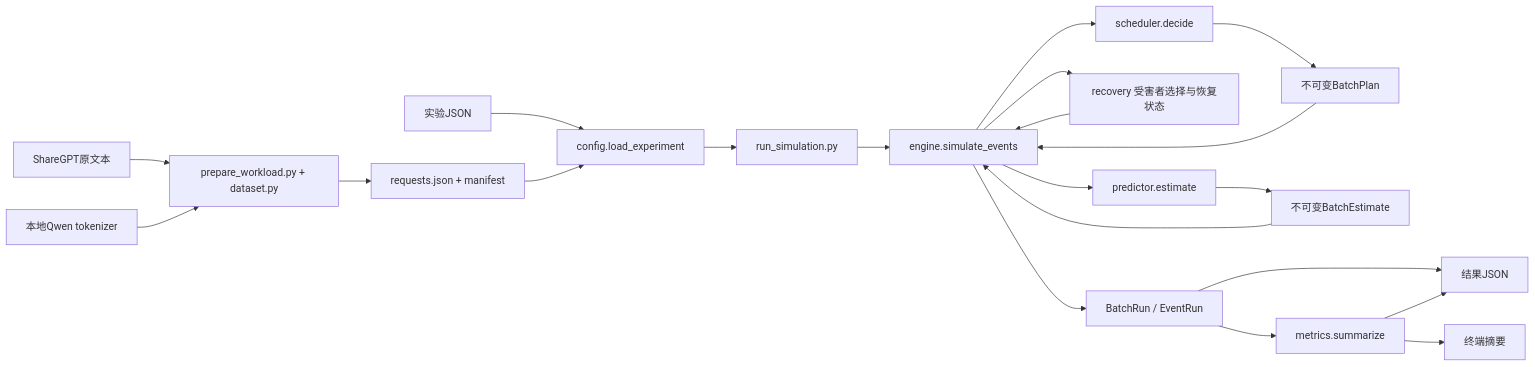
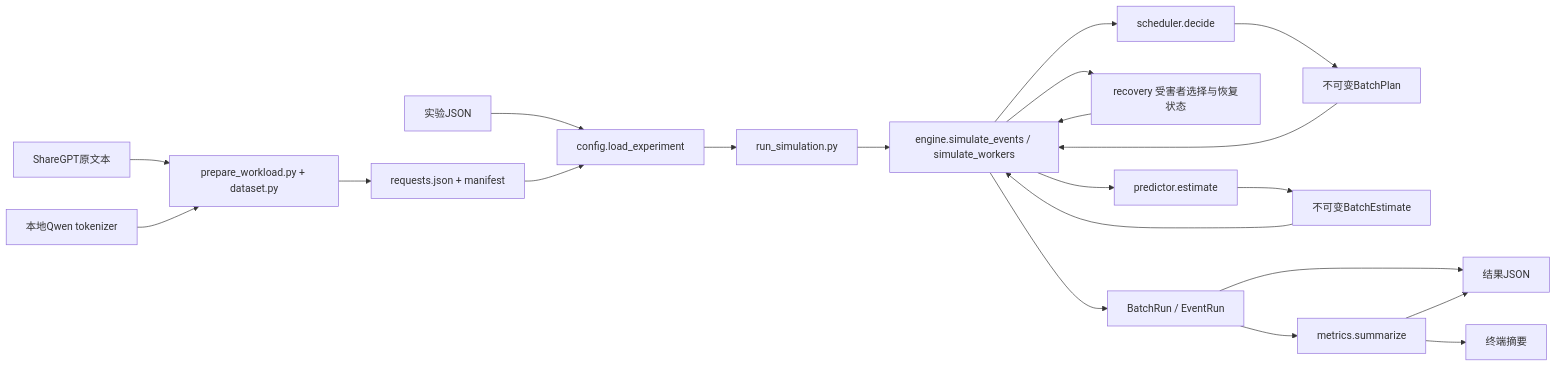
One commit to robin1hub/llm-serving-lab changed the diagram in docs/ARCHITECTURE.md. Above: the diagram before and after it, drawn with Mermaid. The commit also changed other lines of this file and 12 other files, not shown here.

````diff
--- a/docs/ARCHITECTURE.md
+++ b/docs/ARCHITECTURE.md
@@ -7,23 +7,23 @@
 ```mermaid
 flowchart LR
     SRC[ShareGPT原文本] --> PREP[prepare_workload.py + dataset.py]
     TOK[本地Qwen tokenizer] --> PREP
     PREP --> W[requests.json + manifest]
     CFG[实验JSON] --> C[config.load_experiment]
     W --> C
     C --> R[run_simulation.py]
-    R --> E[engine.simulate_events]
+    R --> E[engine.simulate_events / simulate_workers]
     E --> S[scheduler.decide]
     S --> P[不可变BatchPlan]
     P --> E
     E --> RC[recovery 受害者选择与恢复状态]
     RC --> E
     E --> PR[predictor.estimate]
     PR --> EST[不可变BatchEstimate]
     EST --> E
     E --> B[BatchRun / EventRun]
     B --> M[metrics.summarize]
     B --> O[结果JSON]
     M --> O
     M --> T[终端摘要]
 ```
````
